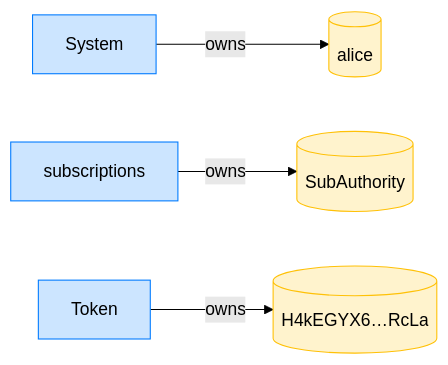
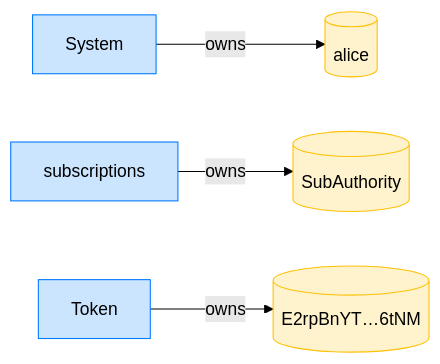
One commit to cds-rs/subscriptions changed the fourth of 12 diagrams in dsl_tests/fixed-transfer-to-a-third-party.md. Above: the diagram before and after it, drawn with Mermaid (forest theme). The commit also changed other lines of this file and 224 other files, not shown here.

````diff
--- a/dsl_tests/fixed-transfer-to-a-third-party.md
+++ b/dsl_tests/fixed-transfer-to-a-third-party.md
@@ -73,14 +78,14 @@
 ```mermaid
 flowchart LR
     classDef owner fill:#cce5ff,stroke:#007bff;
     classDef account fill:#fff3cd,stroke:#ffc107;
     System[System]:::owner
     alice[(alice)]:::account
     subscriptions[subscriptions]:::owner
     SubAuthority[(SubAuthority)]:::account
     Token[Token]:::owner
-    H4kEGYX6_RcLa[("H4kEGYX6…RcLa")]:::account
+    E2rpBnYT_6tNM[("E2rpBnYT…6tNM")]:::account
     System -->|owns| alice
     subscriptions -->|owns| SubAuthority
-    Token -->|owns| H4kEGYX6_RcLa
+    Token -->|owns| E2rpBnYT_6tNM
 ```
````
